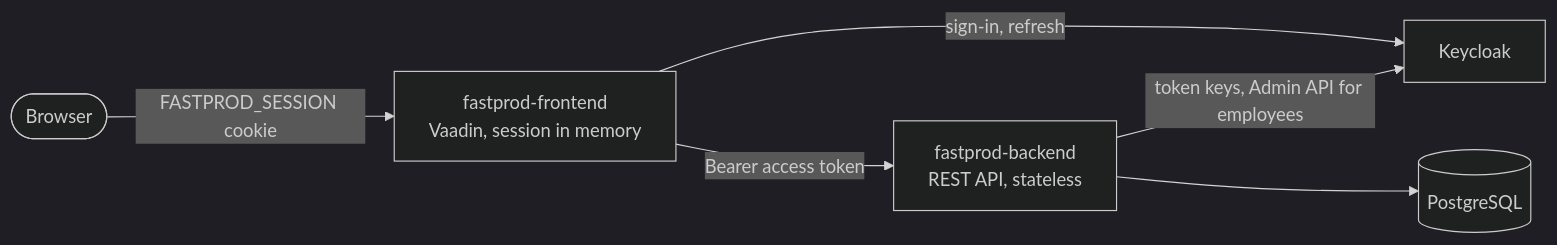
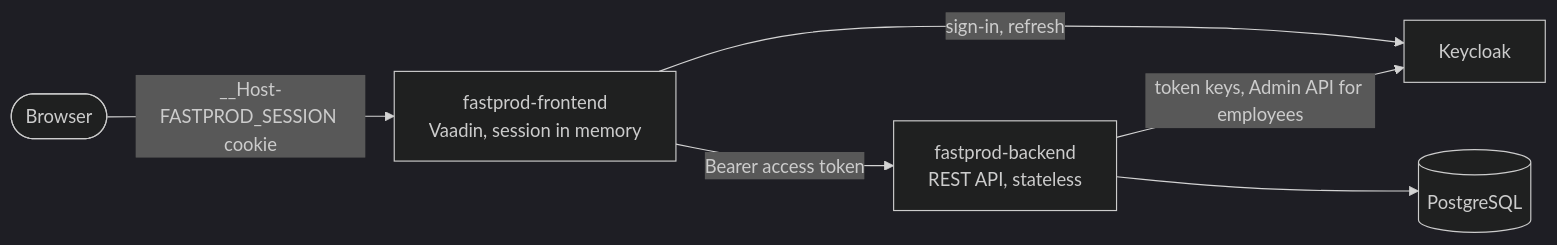
Before and after one commit to vertyll/fastprod: the diagram in docs/architecture.md, drawn with Mermaid (dark theme). The commit also changed 26 other files, not shown here.

Commit message:
fix: time out outgoing calls, challenge refusals and harden the session cookie

````diff
--- a/docs/architecture.md
+++ b/docs/architecture.md
@@ -5,14 +5,14 @@
 ```mermaid
 flowchart LR
     browser([Browser])
     front["fastprod-frontend<br/>Vaadin, session in memory"]
     back["fastprod-backend<br/>REST API, stateless"]
     kc[Keycloak]
     db[(PostgreSQL)]
 
-    browser -- "FASTPROD_SESSION cookie" --> front
+    browser -- "__Host-FASTPROD_SESSION cookie" --> front
     front -- "Bearer access token" --> back
     front -- "sign-in, refresh" --> kc
     back -- "token keys, Admin API for employees" --> kc
     back --> db
 ```
````
